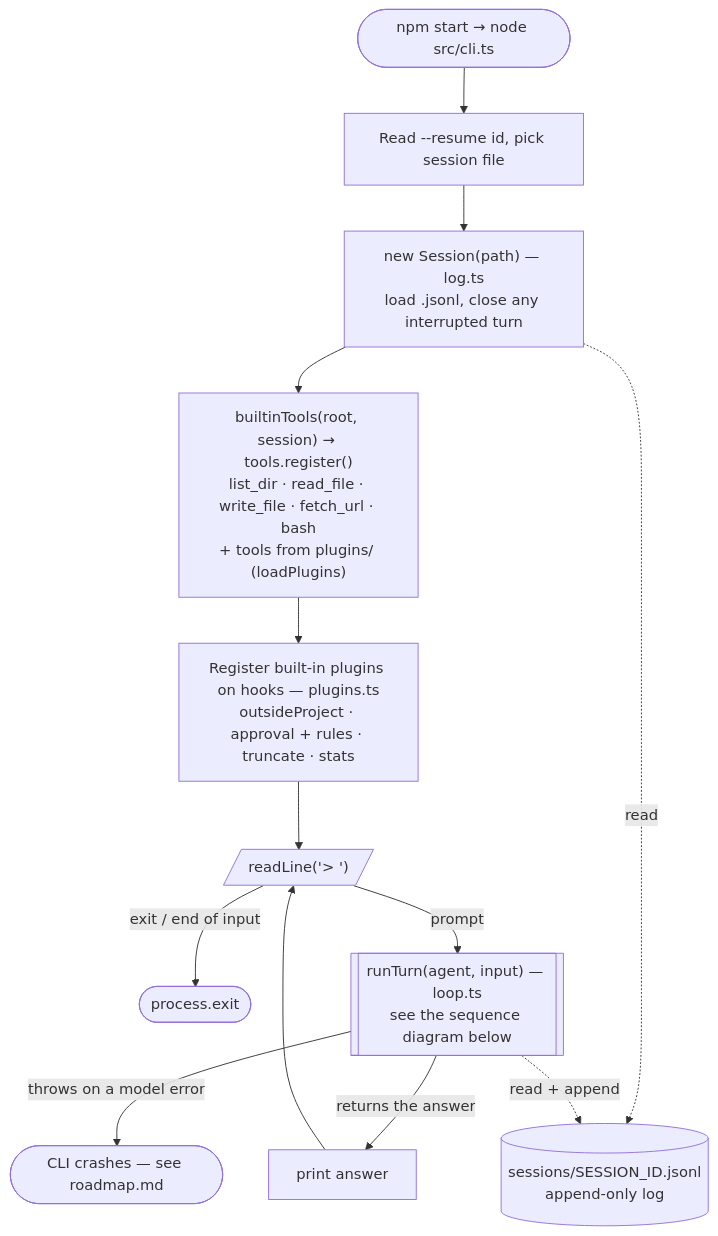
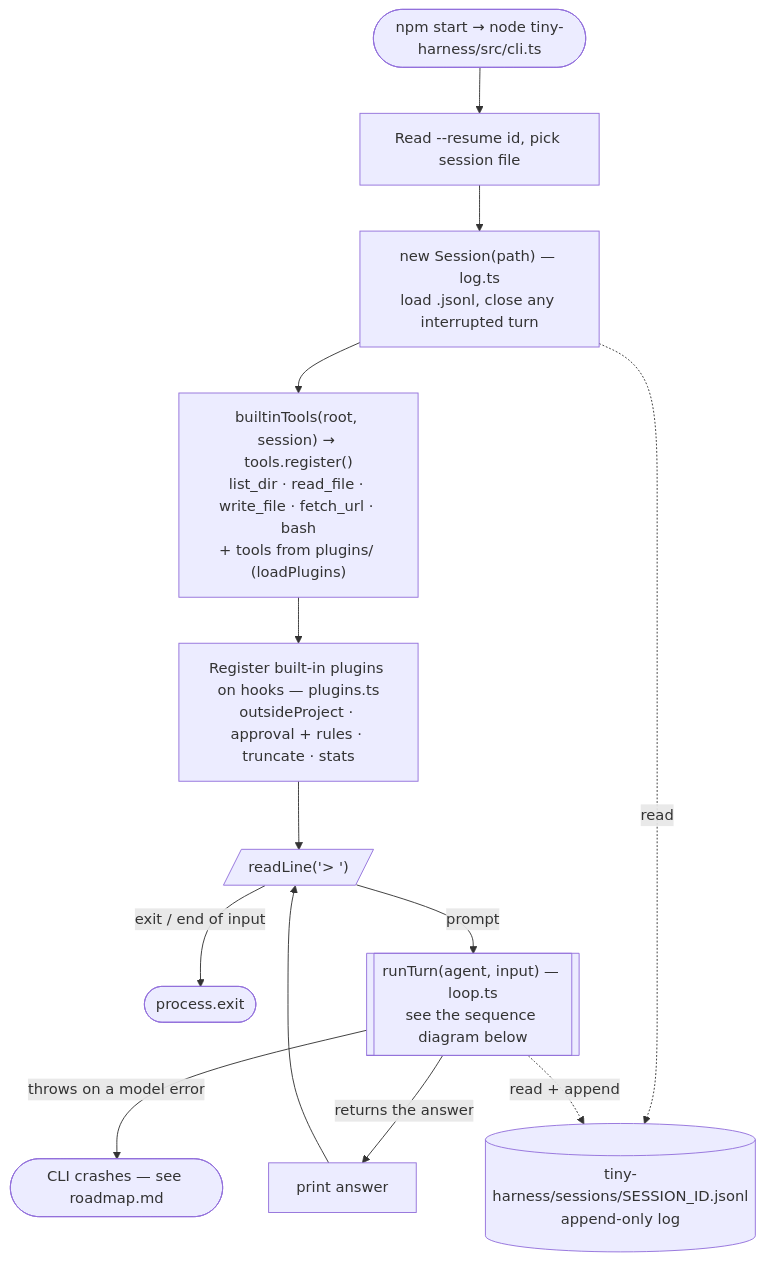
Before and after one commit to karthikeyanrathore/tiny-harness: the first of 2 diagrams in docs/architecture.md, drawn with Mermaid. The commit also changed other lines of this file and 22 other files, not shown here.

First line of the commit message:
Move the app into tiny-harness/, separate from tests, docs and packaging

````diff
--- a/docs/architecture.md
+++ b/docs/architecture.md
@@ -7,17 +7,17 @@
 ```mermaid
 flowchart TD
-    A(["npm start → node src/cli.ts"]) --> B["Read --resume id, pick session file"]
+    A(["npm start → node tiny-harness/src/cli.ts"]) --> B["Read --resume id, pick session file"]
     B --> C["new Session(path) — log.ts<br/>load .jsonl, close any interrupted turn"]
     C --> D["builtinTools(root, session) → tools.register()<br/>list_dir · read_file · write_file · fetch_url · bash<br/>+ tools from plugins/ (loadPlugins)"]
     D --> E["Register built-in plugins on hooks — plugins.ts<br/>outsideProject · approval + rules · truncate · stats"]
     E --> F[/"readLine('> ')"/]
 
     F -->|"exit / end of input"| Z(["process.exit"])
     F -->|"prompt"| RT[["runTurn(agent, input) — loop.ts<br/>see the sequence diagram below"]]
     RT -->|"returns the answer"| P["print answer"] --> F
     RT -->|"throws on a model error"| CRASH(["CLI crashes — see roadmap.md"])
 
-    LOG[("sessions/SESSION_ID.jsonl<br/>append-only log")]
+    LOG[("tiny-harness/sessions/SESSION_ID.jsonl<br/>append-only log")]
     C -.->|read| LOG
     RT -.->|"read + append"| LOG
 ```
````
